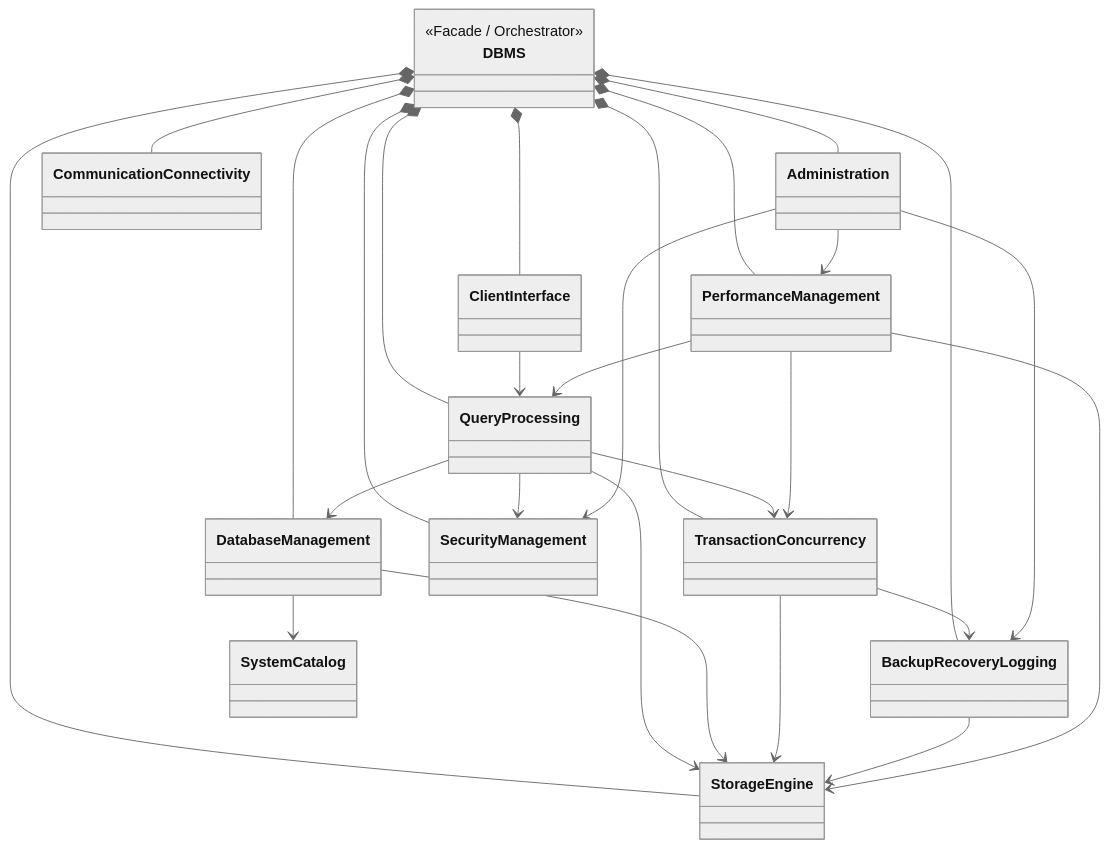
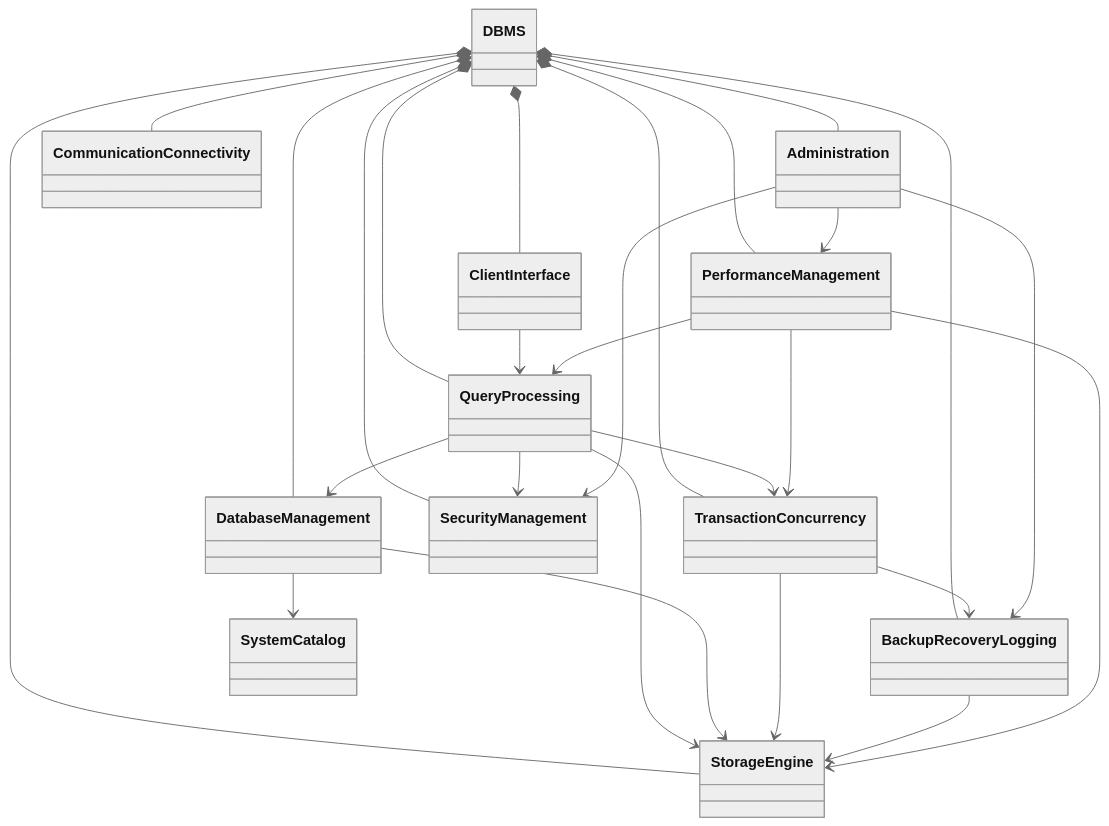
The second of 2 diagrams in docs/test.md (Ricky13170/DBMS), drawn with Mermaid (neutral theme) before and after one commit.

````diff
--- a/docs/test.md
+++ b/docs/test.md
@@ -26,37 +26,36 @@
 ```mermaid
 classDiagram
     direction TB
     
     class DBMS {
-        <<Facade / Orchestrator>>
     }
 
     DBMS *-- ClientInterface
     DBMS *-- QueryProcessing
     DBMS *-- DatabaseManagement
     DBMS *-- StorageEngine
     DBMS *-- TransactionConcurrency
     DBMS *-- SecurityManagement
     DBMS *-- Administration
     DBMS *-- BackupRecoveryLogging
     DBMS *-- PerformanceManagement
     DBMS *-- CommunicationConnectivity
     
     ClientInterface --> QueryProcessing
     QueryProcessing --> DatabaseManagement
     QueryProcessing --> StorageEngine
     QueryProcessing --> TransactionConcurrency
     QueryProcessing --> SecurityManagement
     DatabaseManagement --> SystemCatalog
     DatabaseManagement --> StorageEngine
     TransactionConcurrency --> StorageEngine
     TransactionConcurrency --> BackupRecoveryLogging
     BackupRecoveryLogging --> StorageEngine
     PerformanceManagement --> QueryProcessing
     PerformanceManagement --> StorageEngine
     PerformanceManagement --> TransactionConcurrency
     Administration --> SecurityManagement
     Administration --> BackupRecoveryLogging
     Administration --> PerformanceManagement
 
 ```
````
